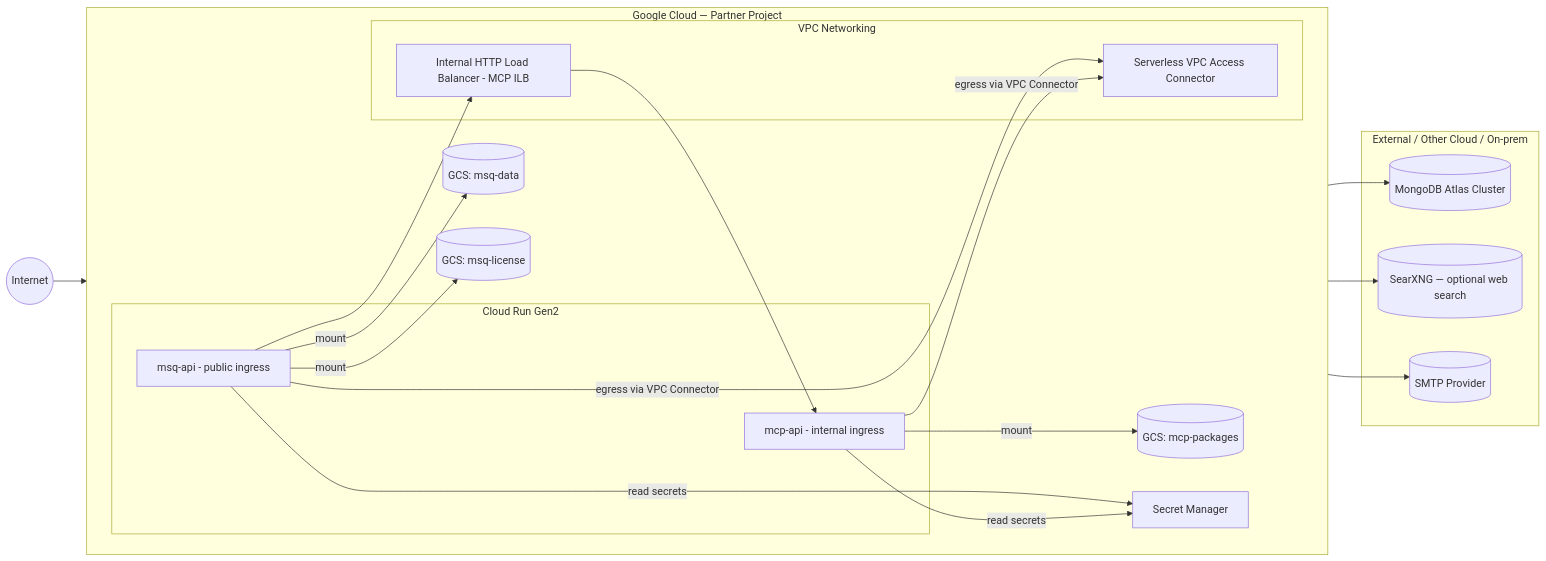
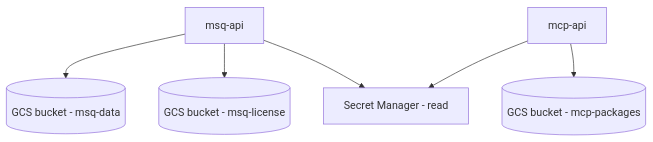
One commit to MissionSquad/missionsquad-docs changed the second of 4 diagrams in hosting/gcp/index.md. Above: the diagram before and after it, drawn with Mermaid. The commit also changed other lines of this file and 4 other files, not shown here.

````diff
--- a/hosting/gcp/index.md
+++ b/hosting/gcp/index.md
@@ -86,46 +153,8 @@
 ```mermaid
-flowchart LR
-  Internet((Internet))
-
-  subgraph GCP[Google Cloud — Partner Project]
-    direction LR
-
-    subgraph CloudRun[Cloud Run Gen2]
-      MSQAPI[msq-api - public ingress]
-      MCPAPI[mcp-api - internal ingress]
-    end
-
-    subgraph Net[VPC Networking]
-      ILB[Internal HTTP Load Balancer - MCP ILB]
-      VPCConn[Serverless VPC Access Connector]
-    end
-
-    Secrets[Secret Manager]
-    GCSData[(GCS: msq-data)]
-    GCSLicense[(GCS: msq-license)]
-    GCSPkgs[(GCS: mcp-packages)]
-  end
-
-  subgraph External[External / Other Cloud / On‑prem]
-    MongoExt[(MongoDB Atlas Cluster)]
-    SearxExt[(SearXNG — optional web search)]
-    SMTP[(SMTP Provider)]
-  end
-
-  Internet --> MSQAPI
-  MSQAPI --> ILB
-  ILB --> MCPAPI
-
-  MSQAPI -- "mount" --> GCSData
-  MSQAPI -- "mount" --> GCSLicense
-  MCPAPI -- "mount" --> GCSPkgs
-
-  MSQAPI -- "read secrets" --> Secrets
-  MCPAPI -- "read secrets" --> Secrets
-
-  MSQAPI -- "egress via VPC Connector" --> VPCConn
-  MCPAPI -- "egress via VPC Connector" --> VPCConn
-  VPCConn --> MongoExt
-  VPCConn --> SearxExt
-  VPCConn --> SMTP
+flowchart TB
+  MSQAPI[msq-api] --> GCSData[(GCS bucket - msq-data)]
+  MSQAPI --> GCSLicense[(GCS bucket - msq-license)]
+  MCPAPI[mcp-api] --> GCSPkgs[(GCS bucket - mcp-packages)]
+  MSQAPI --> Secrets[Secret Manager - read]
+  MCPAPI --> Secrets
 ```
````
